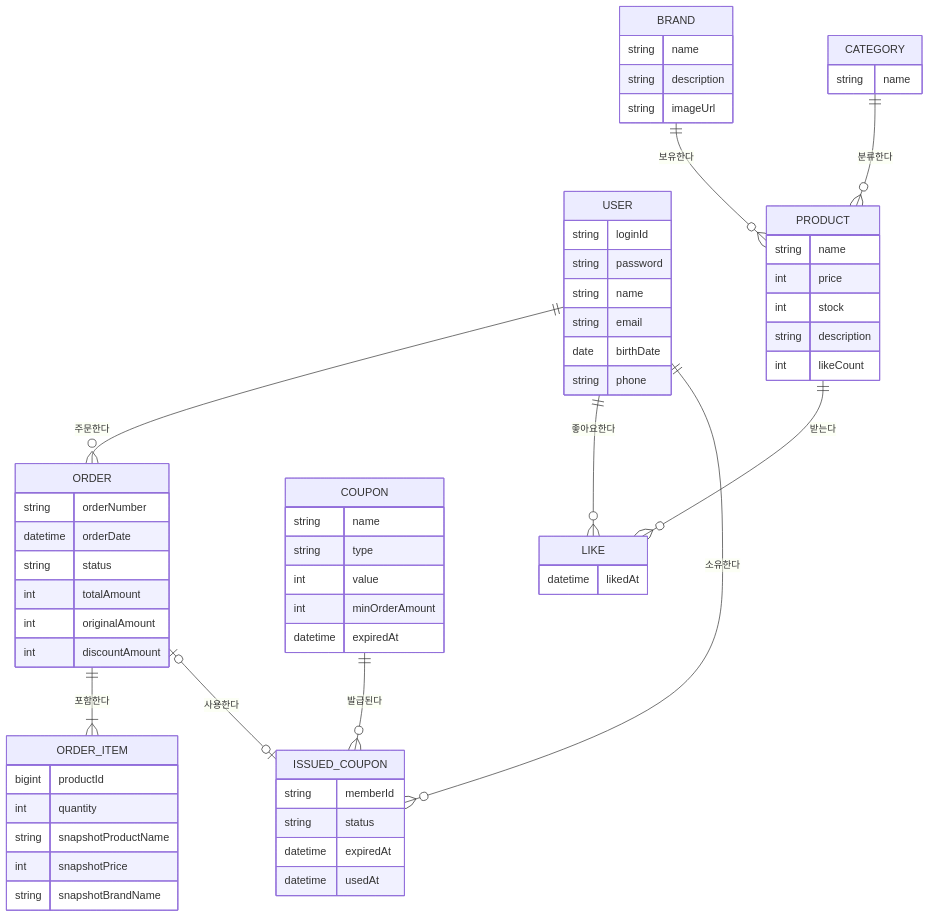
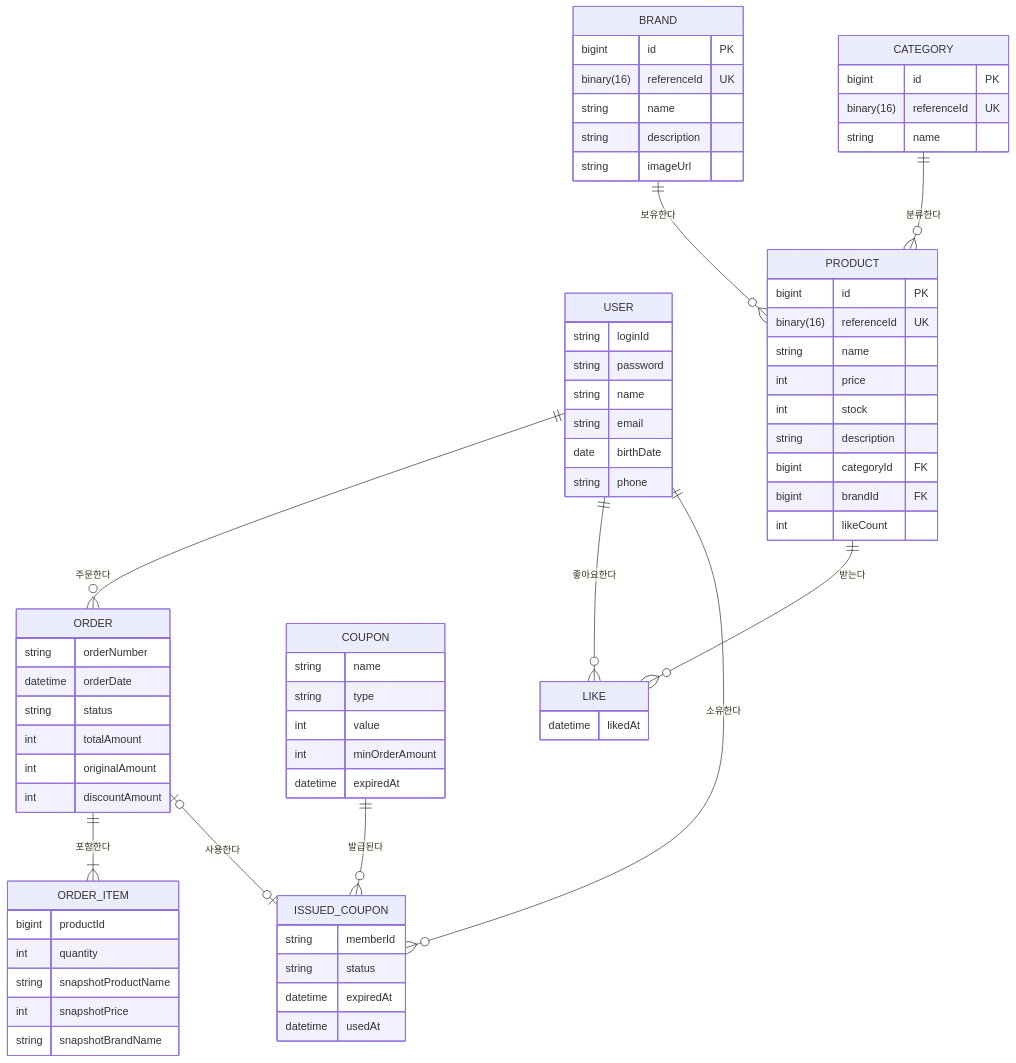
Before and after one commit to Loopers-dev-lab/loop-pack-be-l2-vol3-java: the diagram in docs/design/04-erd.md, drawn with Mermaid. The commit also changed other lines of this file and 1 other file, not shown here.

Commit message:
docs: 식별자 구조 변경을 설계 문서에 반영한다
Ultraworked with [Sisyphus](https://github.com/code-yeongyu/oh-my-opencode)

````diff
--- a/docs/design/04-erd.md
+++ b/docs/design/04-erd.md
@@ -5,68 +5,76 @@
 ```mermaid
 erDiagram
     USER {
         string loginId
         string password
         string name
         string email
         date birthDate
         string phone
     }
     BRAND {
+        bigint id PK
+        binary(16) referenceId UK
         string name
         string description
         string imageUrl
     }
     CATEGORY {
+        bigint id PK
+        binary(16) referenceId UK
         string name
     }
     PRODUCT {
+        bigint id PK
+        binary(16) referenceId UK
         string name
         int price
         int stock
         string description
+        bigint categoryId FK
+        bigint brandId FK
         int likeCount
     }
     ORDER {
         string orderNumber
         datetime orderDate
         string status
         int totalAmount
         int originalAmount
         int discountAmount
     }
     ORDER_ITEM {
         bigint productId
         int quantity
         string snapshotProductName
         int snapshotPrice
         string snapshotBrandName
     }
     COUPON {
         string name
         string type
         int value
         int minOrderAmount
         datetime expiredAt
     }
     ISSUED_COUPON {
         string memberId
         string status
         datetime expiredAt
         datetime usedAt
     }
 
     USER ||--o{ ORDER : "주문한다"
     LIKE {
         datetime likedAt
     }
 
     USER ||--o{ LIKE : "좋아요한다"
     PRODUCT ||--o{ LIKE : "받는다"
     ORDER ||--|{ ORDER_ITEM : "포함한다"
     BRAND ||--o{ PRODUCT : "보유한다"
     CATEGORY ||--o{ PRODUCT : "분류한다"
     USER ||--o{ ISSUED_COUPON : "소유한다"
     COUPON ||--o{ ISSUED_COUPON : "발급된다"
     ORDER o|--o| ISSUED_COUPON : "사용한다"
 ```
````
